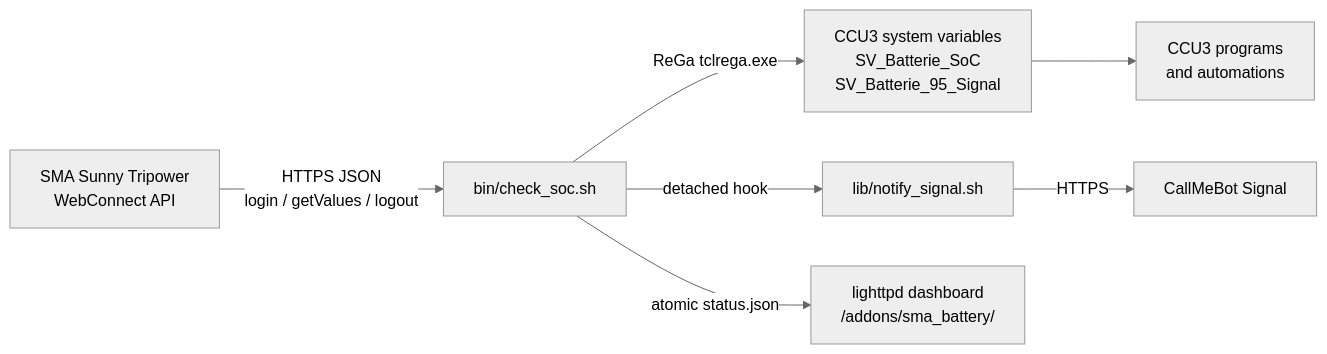
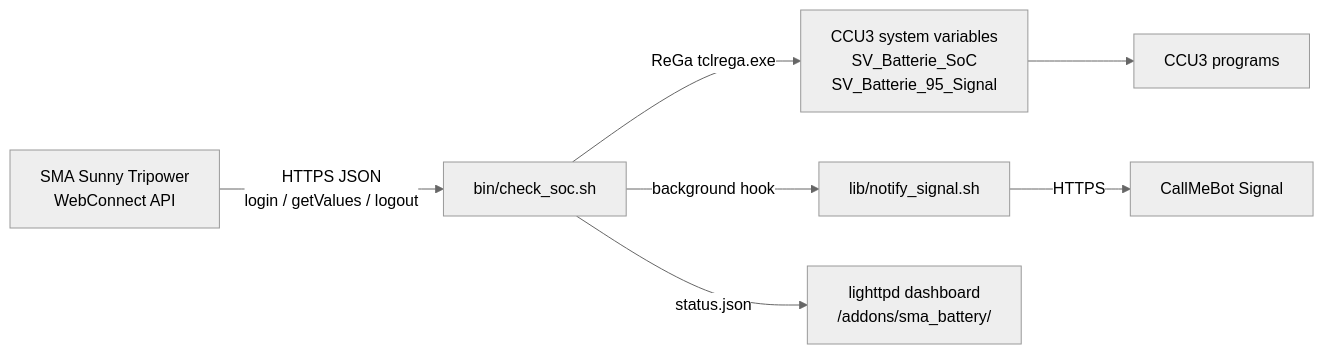
Before and after one commit to czett/sentinella: the diagram in README.md, drawn with Mermaid (neutral theme). The commit also changed other lines of this file and 8 other files, not shown here.

````diff
--- a/README.md
+++ b/README.md
@@ -18,9 +14,9 @@
 ```mermaid
 flowchart LR
     A[SMA Sunny Tripower<br/>WebConnect API] -->|HTTPS JSON<br/>login / getValues / logout| B[bin/check_soc.sh]
     B -->|ReGa tclrega.exe| C[CCU3 system variables<br/>SV_Batterie_SoC<br/>SV_Batterie_95_Signal]
-    C --> D[CCU3 programs<br/>and automations]
-    B -->|detached hook| E[lib/notify_signal.sh]
+    C --> D[CCU3 programs]
+    B -->|background hook| E[lib/notify_signal.sh]
     E -->|HTTPS| F[CallMeBot Signal]
-    B -->|atomic status.json| G[lighttpd dashboard<br/>/addons/sma_battery/]
+    B -->|status.json| G[lighttpd dashboard<br/>/addons/sma_battery/]
 ```
````
